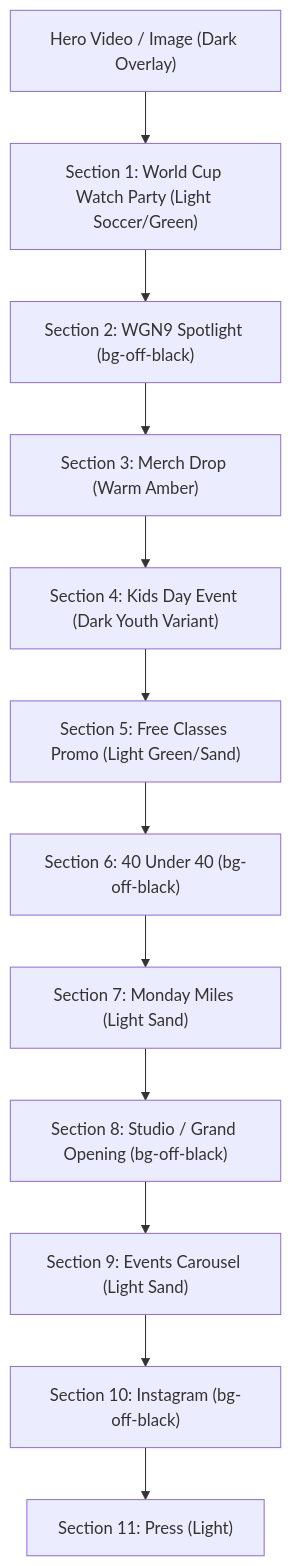
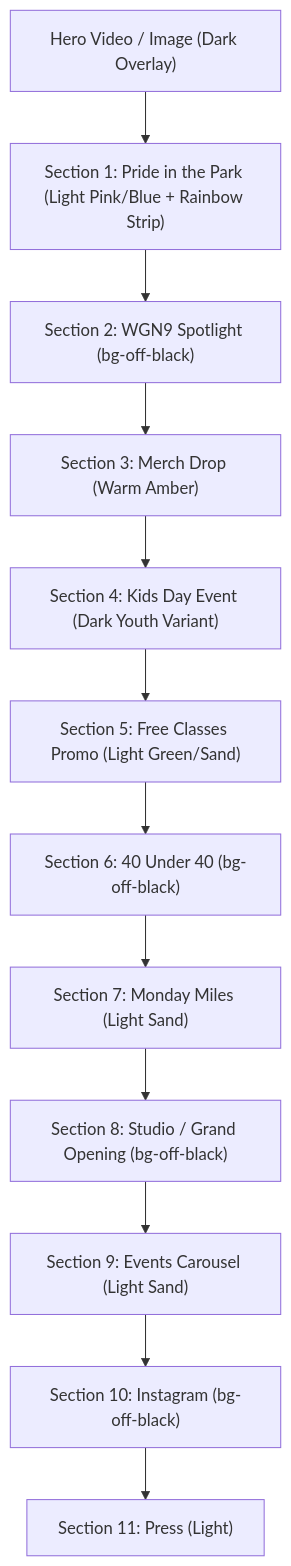
Before and after one commit to awaisqazi/latinasweatproject: the first of 3 diagrams in design.md, drawn with Mermaid. The commit also changed other lines of this file and 7 other files, not shown here.

First line of the commit message:
Add Pride in the Park event and temporary Pride Month theme

````diff
--- a/design.md
+++ b/design.md
@@ -34,14 +34,14 @@
 ```mermaid
 graph TD
-    Hero["Hero Video / Image (Dark Overlay)"] --> Sec1["Section 1: World Cup Watch Party (Light Soccer/Green)"]
+    Hero["Hero Video / Image (Dark Overlay)"] --> Sec1["Section 1: Pride in the Park (Light Pink/Blue + Rainbow Strip)"]
     Sec1 --> Sec2["Section 2: WGN9 Spotlight (bg-off-black)"]
     Sec2 --> Sec3["Section 3: Merch Drop (Warm Amber)"]
     Sec3 --> Sec4["Section 4: Kids Day Event (Dark Youth Variant)"]
     Sec4 --> Sec5["Section 5: Free Classes Promo (Light Green/Sand)"]
     Sec5 --> Sec6["Section 6: 40 Under 40 (bg-off-black)"]
     Sec6 --> Sec7["Section 7: Monday Miles (Light Sand)"]
     Sec7 --> Sec8["Section 8: Studio / Grand Opening (bg-off-black)"]
     Sec8 --> Sec9["Section 9: Events Carousel (Light Sand)"]
     Sec9 --> Sec10["Section 10: Instagram (bg-off-black)"]
     Sec10 --> Sec11["Section 11: Press (Light)"]
 ```
````
